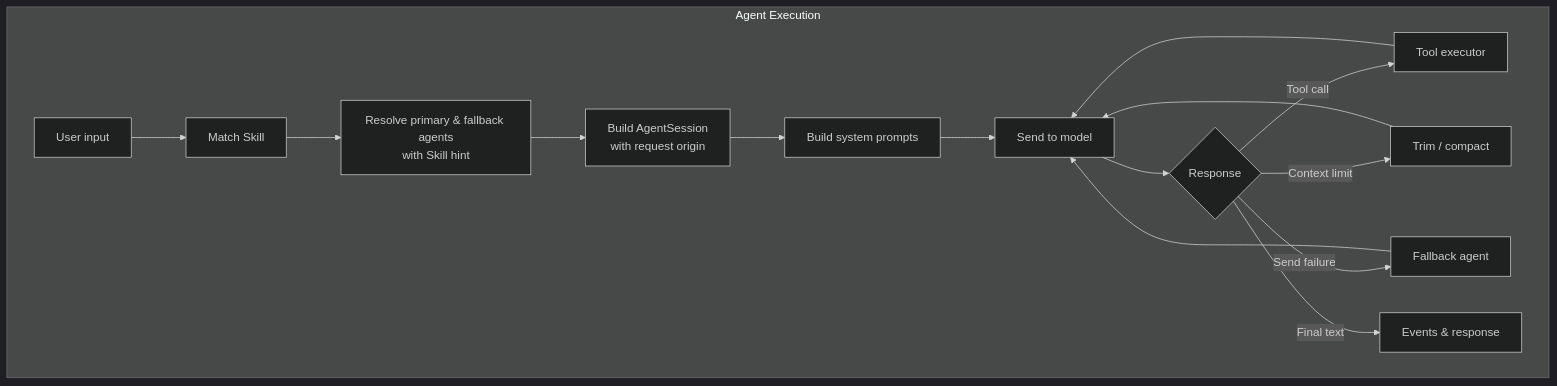
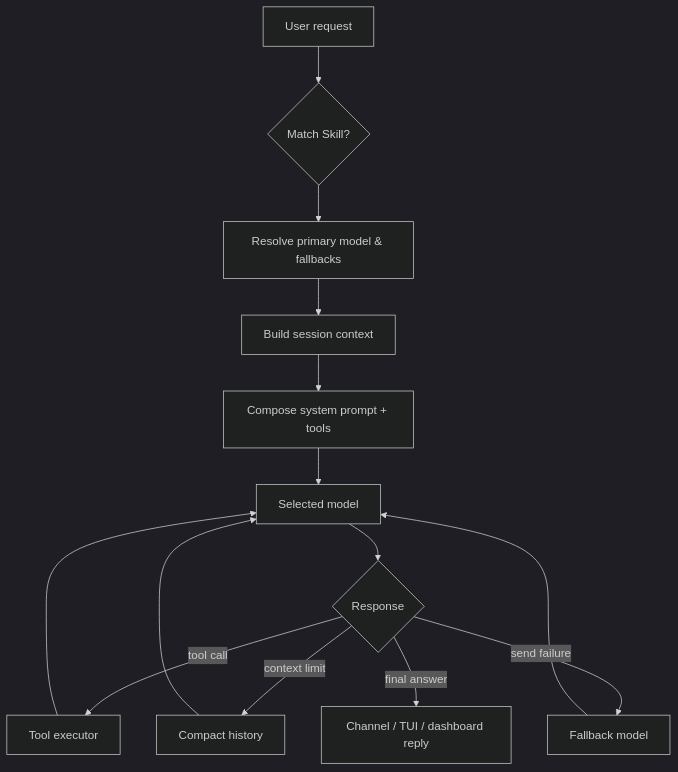
One commit to agenvoy/Agenvoy changed the third of 9 diagrams in doc/architecture.md. Above: the diagram before and after it, drawn with Mermaid (dark theme). The commit also changed other lines of this file and 5 other files, not shown here.

````diff
--- a/doc/architecture.md
+++ b/doc/architecture.md
@@ -94,18 +47,16 @@
 ```mermaid
 graph TB
-    subgraph Execution[Agent Execution]
-        Input[User input] --> Match[Match Skill]
-        Match --> Resolve[Resolve primary & fallback agents<br/>with Skill hint]
-        Resolve --> Session[Build AgentSession<br/>with request origin]
-        Session --> Prompt[Build system prompts]
-        Prompt --> Send[Send to model]
-        Send --> Response{Response}
-        Response -->|Tool call| ToolExec[Tool executor]
-        ToolExec --> Send
-        Response -->|Context limit| Trim[Trim / compact]
-        Trim --> Send
-        Response -->|Send failure| Fallback[Fallback agent]
-        Fallback --> Send
-        Response -->|Final text| Output[Events & response]
-    end
+    Input[User request] --> Skill{Match Skill?}
+    Skill --> Select[Resolve primary model & fallbacks]
+    Select --> Session[Build session context]
+    Session --> Prompt[Compose system prompt + tools]
+    Prompt --> Model[Selected model]
+    Model --> Result{Response}
+    Result -->|tool call| ToolExec[Tool executor]
+    ToolExec --> Model
+    Result -->|context limit| Compact[Compact history]
+    Compact --> Model
+    Result -->|send failure| Fallback[Fallback model]
+    Fallback --> Model
+    Result -->|final answer| Output[Channel / TUI / dashboard reply]
 ```
````
